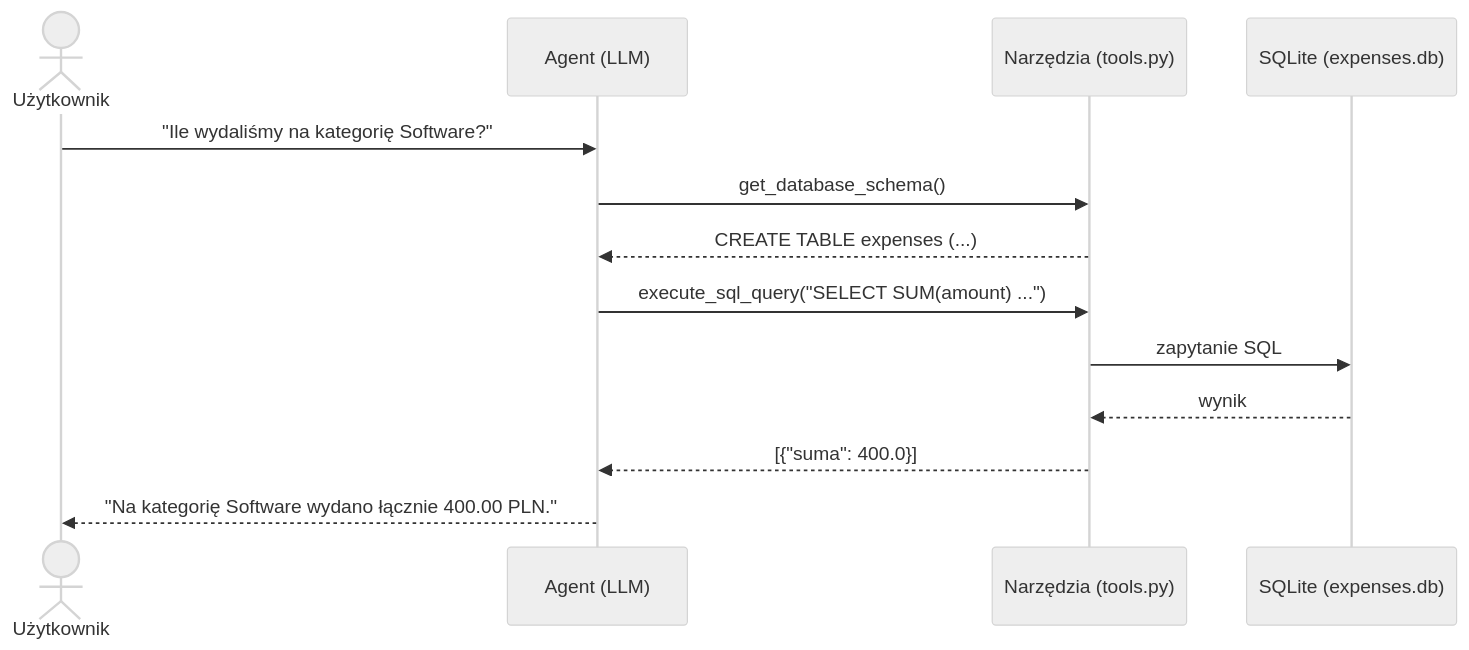
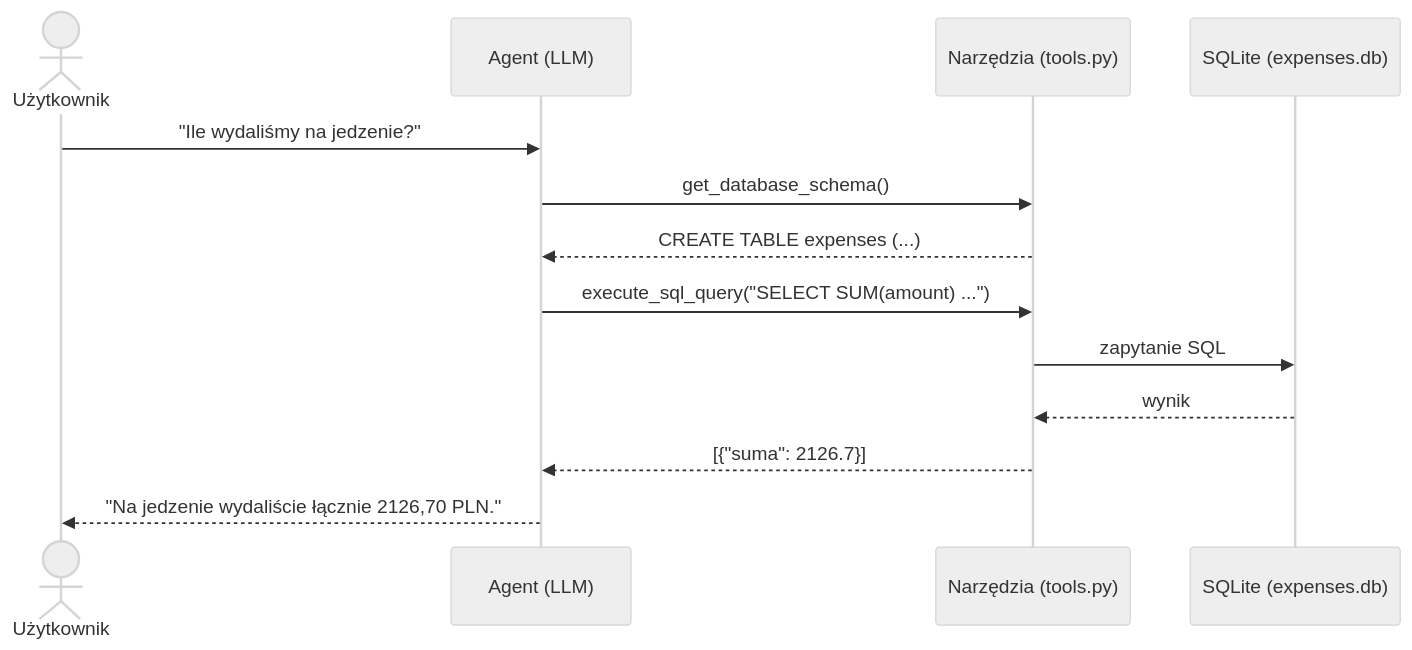
Before and after one commit to Pb-Lead0110/ai-agent-expense-management: the diagram in README.md, drawn with Mermaid (neutral theme). The commit also changed other lines of this file and 6 other files, not shown here.

````diff
--- a/README.md
+++ b/README.md
@@ -15,16 +15,16 @@
 ```mermaid
 sequenceDiagram
     actor Użytkownik
     participant Agent as Agent (LLM)
     participant Tools as Narzędzia (tools.py)
     participant DB as SQLite (expenses.db)
 
-    Użytkownik->>Agent: "Ile wydaliśmy na kategorię Software?"
+    Użytkownik->>Agent: "Ile wydaliśmy na jedzenie?"
     Agent->>Tools: get_database_schema()
     Tools-->>Agent: CREATE TABLE expenses (...)
     Agent->>Tools: execute_sql_query("SELECT SUM(amount) ...")
     Tools->>DB: zapytanie SQL
     DB-->>Tools: wynik
-    Tools-->>Agent: [{"suma": 400.0}]
-    Agent-->>Użytkownik: "Na kategorię Software wydano łącznie 400.00 PLN."
+    Tools-->>Agent: [{"suma": 2126.7}]
+    Agent-->>Użytkownik: "Na jedzenie wydaliście łącznie 2126,70 PLN."
 ```
````
